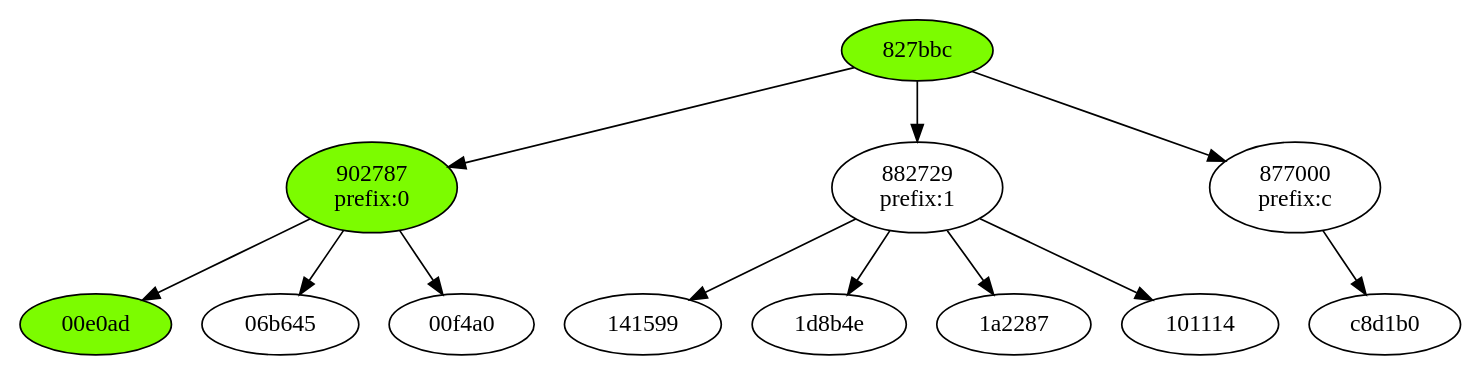
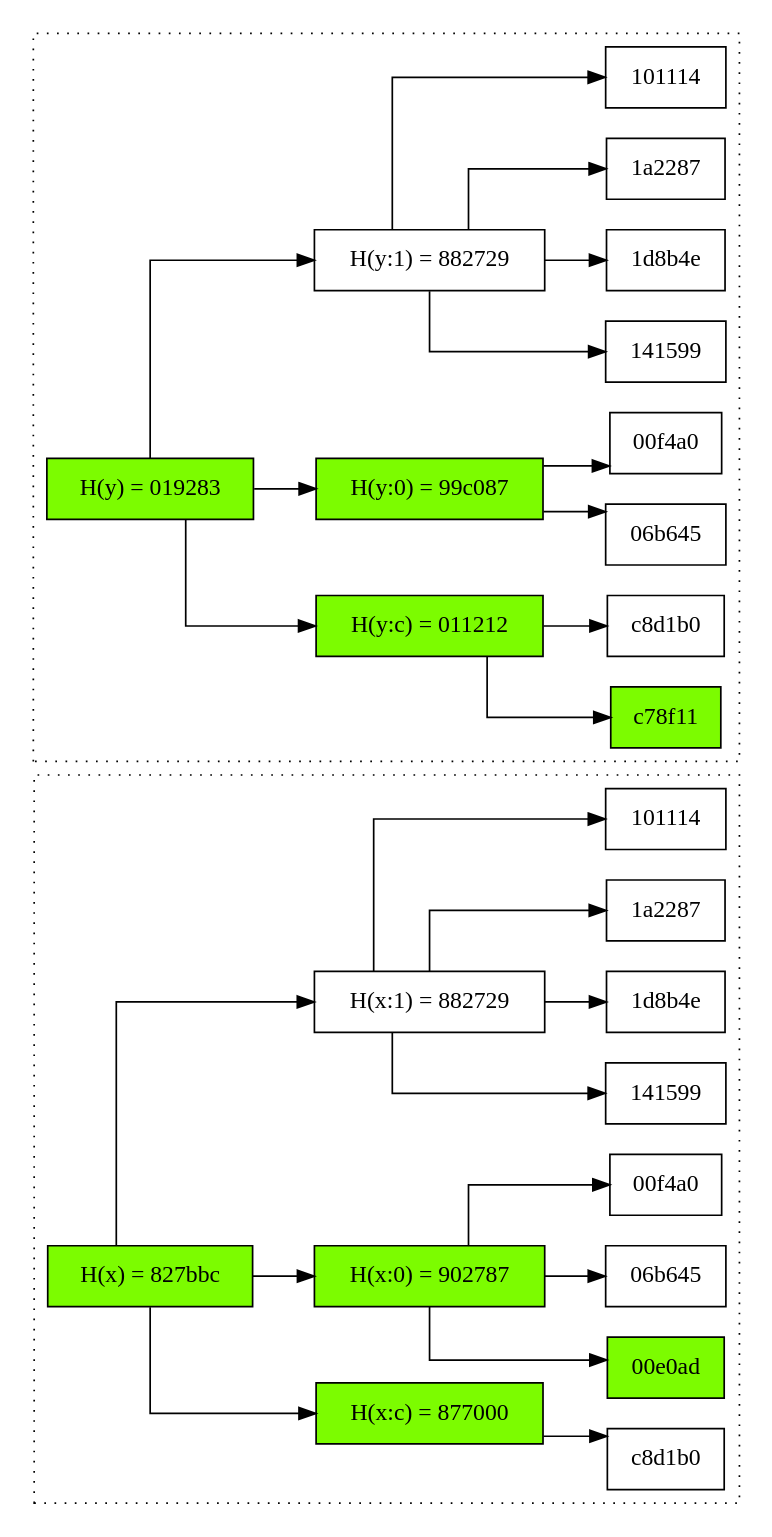
The diagram in diag/x-set-tree/g.dot (klueq/shared-folder-ipfs), drawn with Graphviz before and after one commit. The commit also changed other lines of this file and 2 other files, not shown here.

Commit message:
Updated the sync diagram.

```diff
--- a/diag/x-set-tree/g.dot
+++ b/diag/x-set-tree/g.dot
@@ -1,25 +1,56 @@
-digraph G {
-  subgraph {
+digraph X {
+  rankdir = LR
+  node [ shape = box ]
+  graph [ splines = ortho ]
+
+  subgraph diff {
     node [ style = filled, fillcolor = lawngreen ]
-    x3 p0 p
+    x_ y_ x_c y_c x_0 y_0 x3 y3
   }
 
-  x1 [ label = "06b645" ]
-  x2 [ label = "00f4a0" ]
-  x3 [ label = "00e0ad" ]
-  x4 [ label = "141599" ]
-  x5 [ label = "1d8b4e" ]
-  x6 [ label = "1a2287" ]
-  x7 [ label = "101114" ]
-  x8 [ label = "c8d1b0" ]  
+  subgraph cluster_x {
+    style = dotted
 
-  p [ label = "827bbc" ]
-  p0 [ label = "902787\nprefix:0" ]
-  p1 [ label = "882729\nprefix:1" ]
-  pc [ label = "877000\nprefix:c" ]
+    x1 [ label = "06b645" ]
+    x2 [ label = "00f4a0" ]
+    x3 [ label = "00e0ad" ]
+    x4 [ label = "141599" ]
+    x5 [ label = "1d8b4e" ]
+    x6 [ label = "1a2287" ]
+    x7 [ label = "101114" ]
+    x8 [ label = "c8d1b0" ]
 
-  p -> { p0 p1 pc }
-  p0 -> { x1 x2 x3 }
-  p1 -> { x4 x5 x6 x7 }
-  pc -> x8
+    x_ [ label = "H(x) = 827bbc" ]
+    x_0 [ label = "H(x:0) = 902787" ]
+    x_1 [ label = "H(x:1) = 882729" ]
+    x_c [ label = "H(x:c) = 877000" ]
+
+    x_ -> { x_0 x_1 x_c }
+    x_0 -> { x1 x2 x3 }
+    x_1 -> { x4 x5 x6 x7 }
+    x_c -> x8
+  }
+
+  subgraph cluster_y {
+    style = dotted
+
+    y1 [ label = "06b645" ]
+    y2 [ label = "00f4a0" ]
+    y3 [ label = "c78f11" ]
+    y4 [ label = "141599" ]
+    y5 [ label = "1d8b4e" ]
+    y6 [ label = "1a2287" ]
+    y7 [ label = "101114" ]
+    y8 [ label = "c8d1b0" ]
+
+    y_ [ label = "H(y) = 019283" ]
+    y_0 [ label = "H(y:0) = 99c087" ]
+    y_1 [ label = "H(y:1) = 882729" ]
+    y_c [ label = "H(y:c) = 011212" ]
+
+    y_ -> { y_0 y_1 y_c }
+    y_0 -> { y1 y2 }
+    y_1 -> { y4 y5 y6 y7 }
+    y_c -> { y3 y8 }
+  }
 }
```
